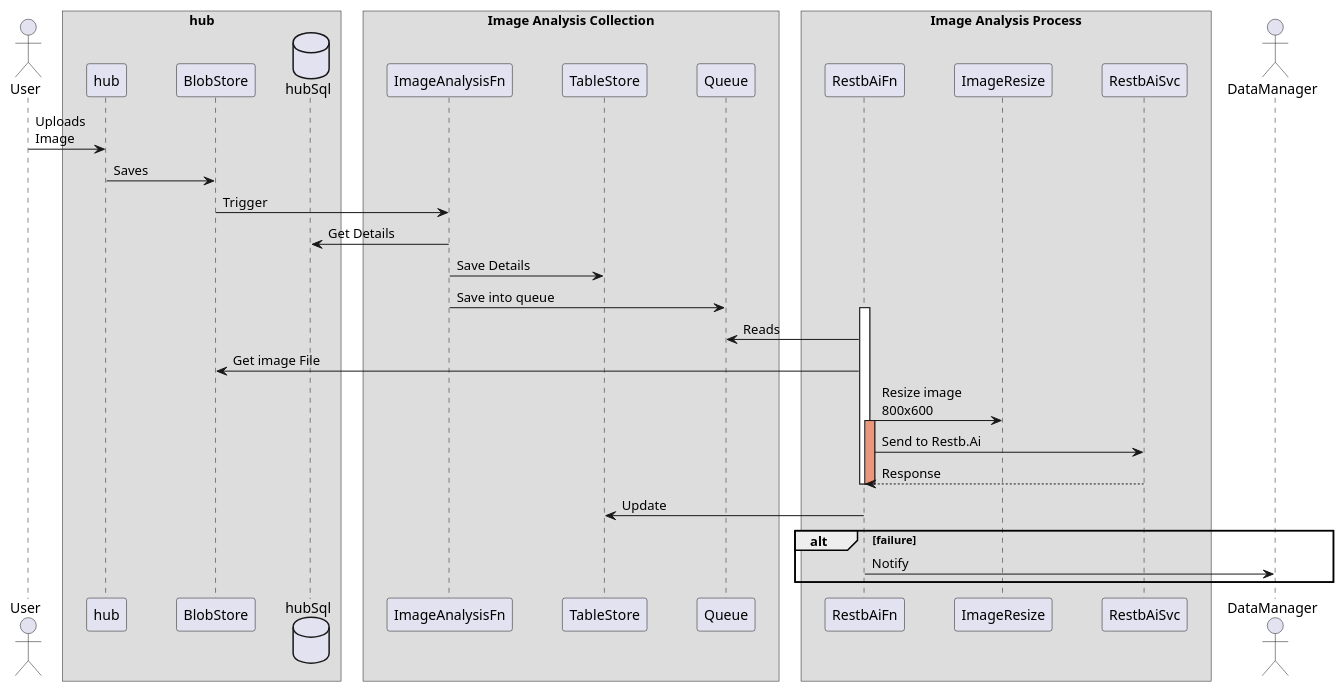
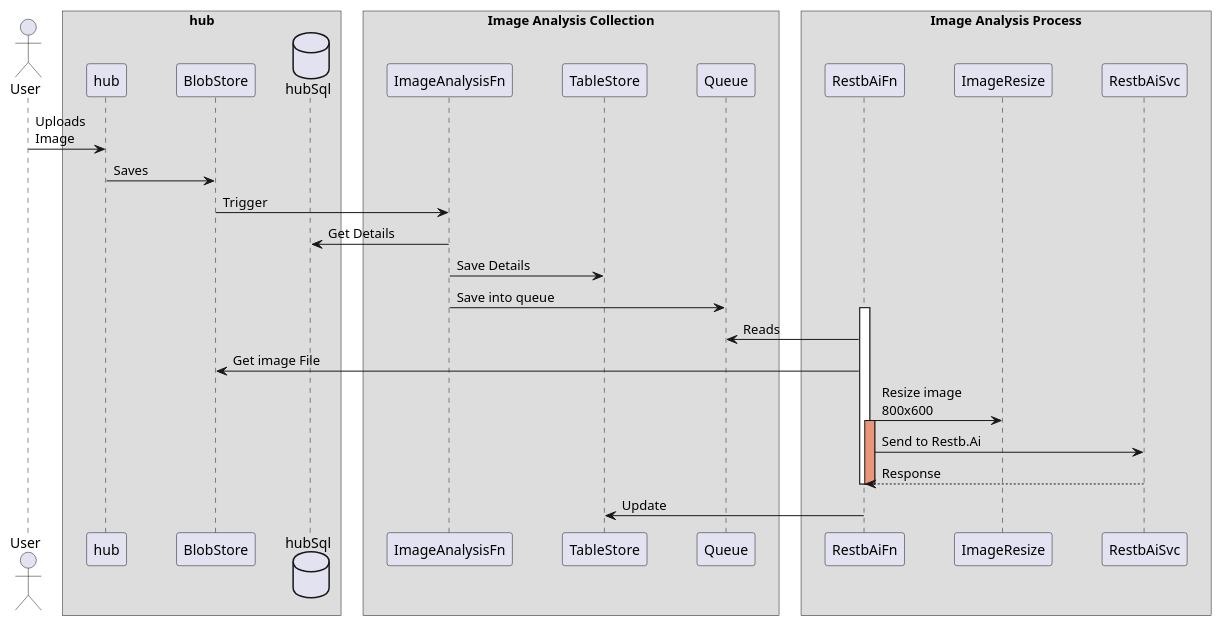
One commit to Kf-GaryNewport/Kf-GaryNewport.github.io changed the diagram in assets/ImageAnalysis/ImageAnalysis-Seq.puml. Above: the diagram before and after it, drawn with PlantUML.

```diff
--- a/assets/ImageAnalysis/ImageAnalysis-Seq.puml
+++ b/assets/ImageAnalysis/ImageAnalysis-Seq.puml
@@ -1,36 +1,31 @@
 @startuml "ImageAnalysis Sequence"
 skinparam ParticipantPadding 20
 skinparam BoxPadding 10
 
 actor User
 box "hub"
     User -> hub : Uploads\nImage
     hub -> BlobStore : Saves
     database hubSql
 end box
 
 box "Image Analysis Collection"
     BlobStore -> ImageAnalysisFn : Trigger
     ImageAnalysisFn -> hubSql : Get Details
     ImageAnalysisFn -> TableStore : Save Details
     ImageAnalysisFn -> Queue : Save into queue
 end box
 box "Image Analysis Process"
     Activate RestbAiFn
         RestbAiFn -> Queue : Reads 
         RestbAiFn -> BlobStore : Get image File
         RestbAiFn -> ImageResize : Resize image\n800x600
         activate RestbAiFn #DarkSalmon
             RestbAiFn -> RestbAiSvc : Send to Restb.Ai
             RestbAiSvc --> RestbAiFn : Response
         deactivate RestbAiFn
     deactivate RestbAiFn
     RestbAiFn -> TableStore : Update 
 end box
 
-actor DataManager
-alt failure
-    RestbAiFn -> DataManager : Notify
-end
-
 @enduml
```
